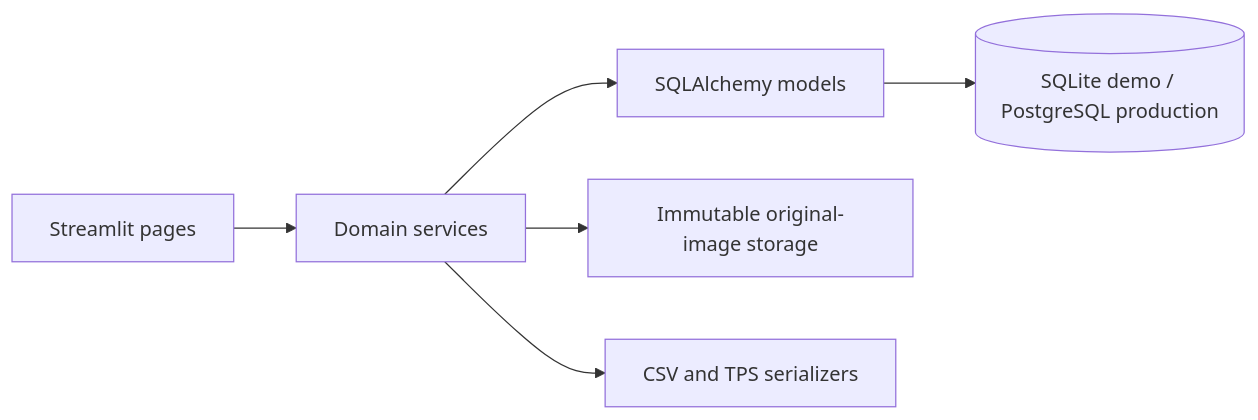
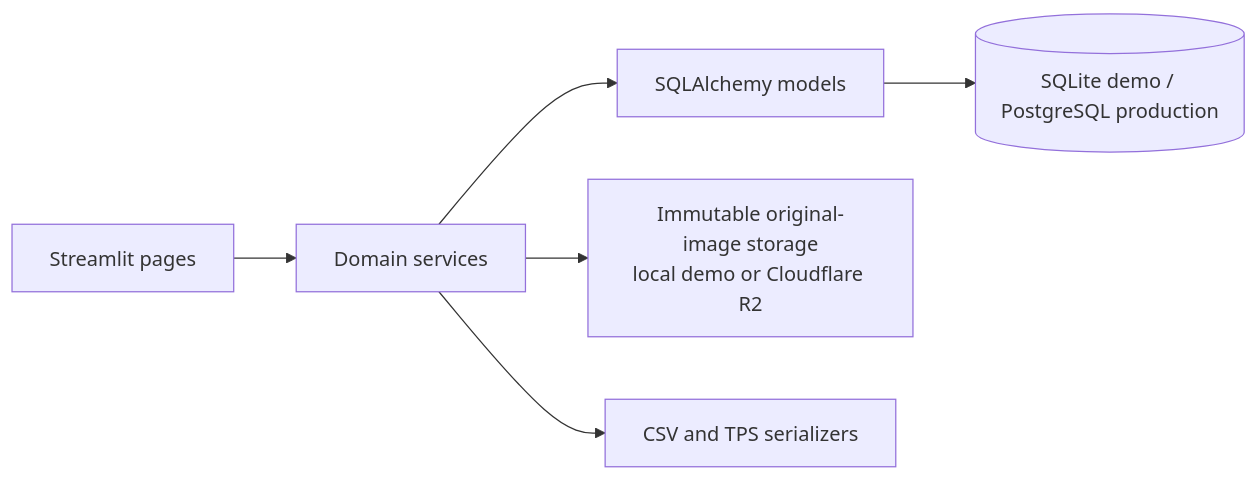
Before and after one commit to vkcvaibhav-eng/global-insect-wing-repository: the first of 2 diagrams in docs/ARCHITECTURE.md, drawn with Mermaid. The commit also changed other lines of this file and 10 other files, not shown here.

Commit message:
Add persistent R2 image storage support

````diff
--- a/docs/ARCHITECTURE.md
+++ b/docs/ARCHITECTURE.md
@@ -16,8 +16,8 @@
 ```mermaid
 flowchart LR
     UI["Streamlit pages"] --> SVC["Domain services"]
     SVC --> ORM["SQLAlchemy models"]
     ORM --> DB[("SQLite demo / PostgreSQL production")]
-    SVC --> STORE["Immutable original-image storage"]
+    SVC --> STORE["Immutable original-image storage<br/>local demo or Cloudflare R2"]
     SVC --> EXP["CSV and TPS serializers"]
 ```
````
